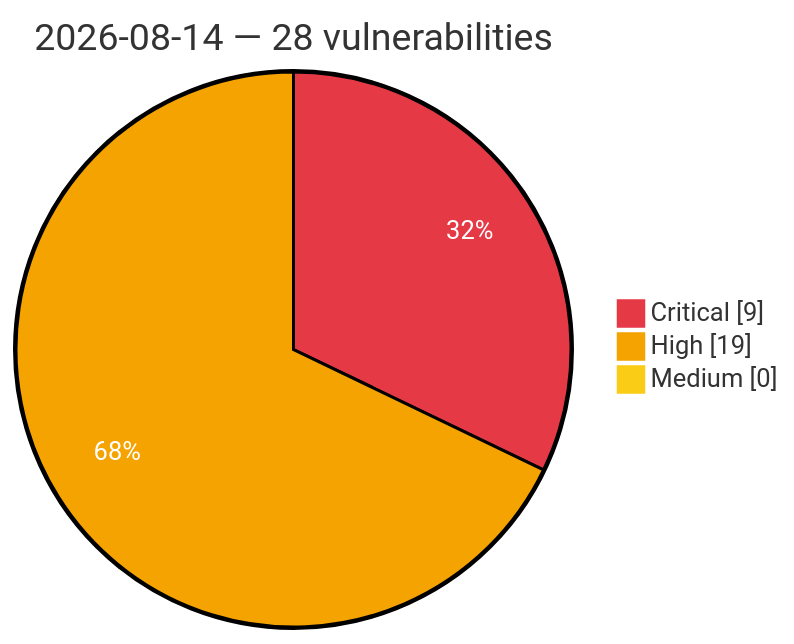
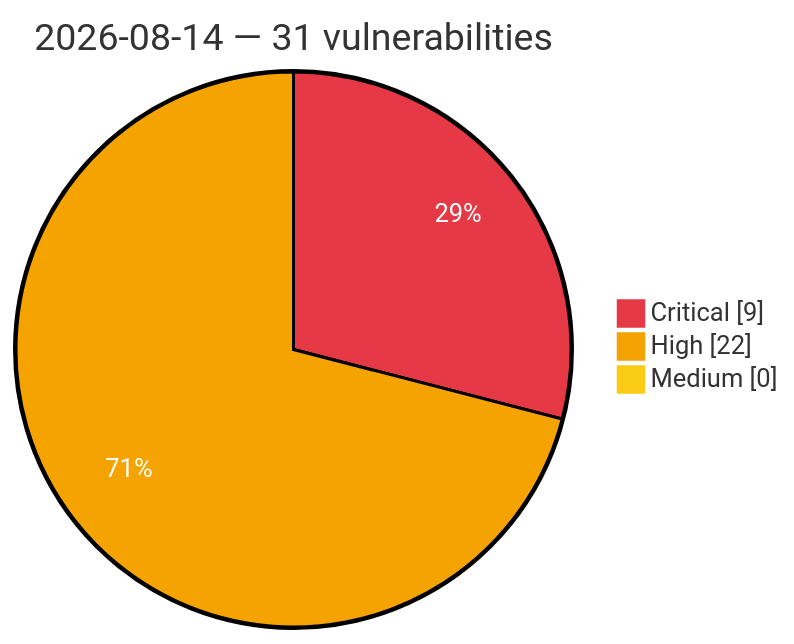
Before and after one commit to GhostX0X/vuln-tracker: the diagram in vulnerabilities/2026/August/2026-08-14.md, drawn with Mermaid. The commit also changed other lines of this file and 5 other files, not shown here.

````diff
--- a/vulnerabilities/2026/August/2026-08-14.md
+++ b/vulnerabilities/2026/August/2026-08-14.md
@@ -3,8 +3,8 @@
 ```mermaid
 %%{init: {'theme':'base', 'themeVariables': {'pie1':'#e63946', 'pie2':'#f4a300', 'pie3':'#facc15', 'pieOpacity':'1', 'pieOuterStrokeWidth':'2px', 'pieSectionTextColor':'#ffffff'}}}%%
 pie showData
-    title 2026-08-14 — 28 vulnerabilities
+    title 2026-08-14 — 31 vulnerabilities
     "Critical" : 9
-    "High" : 19
+    "High" : 22
     "Medium" : 0
 ```
````
